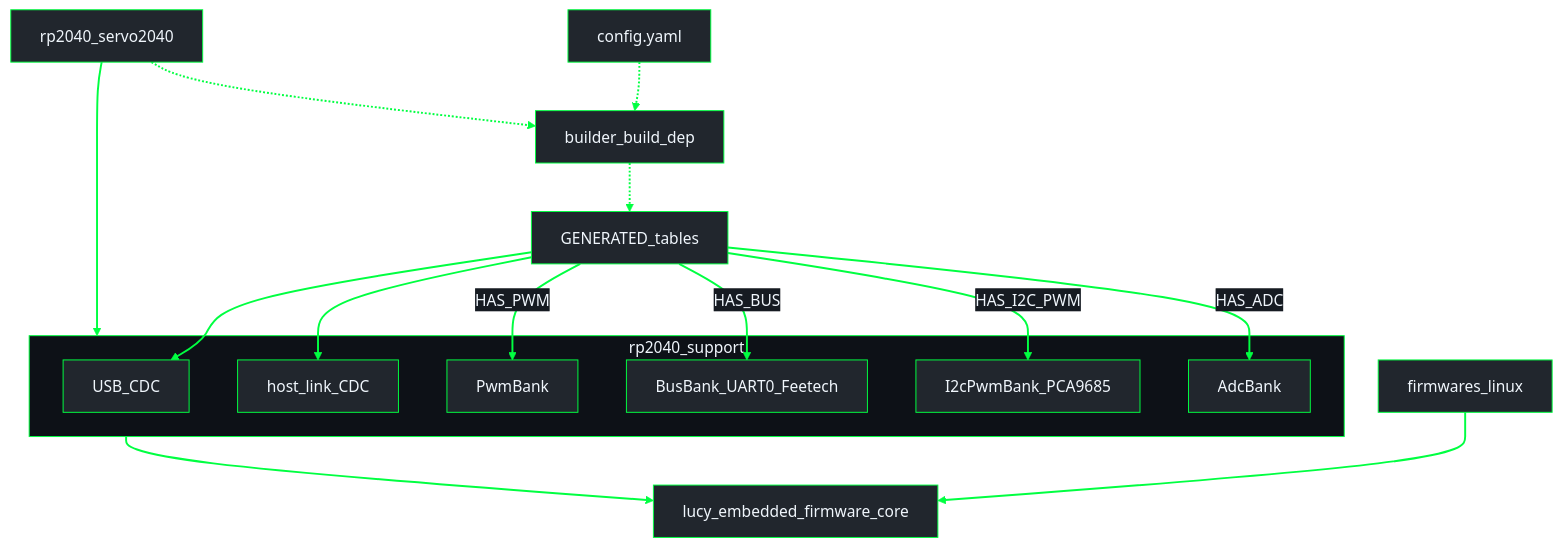
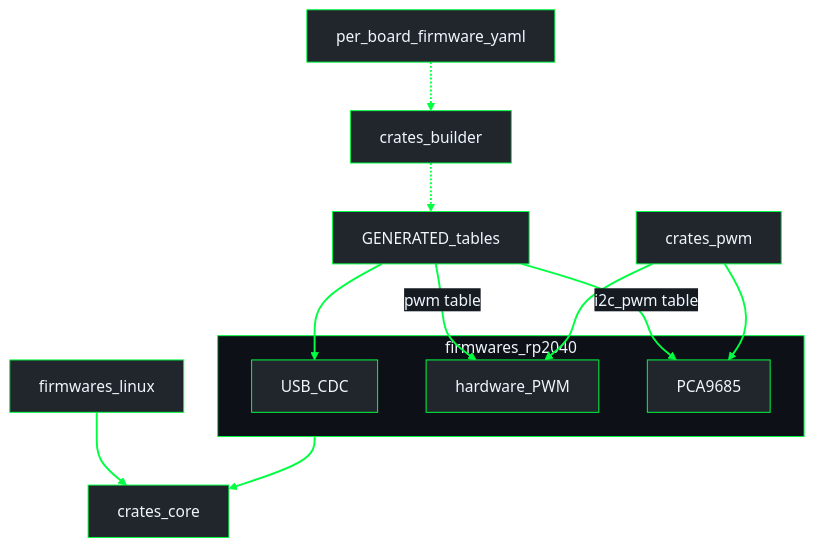
The second of 2 diagrams in docs/architecture/firmware.md (Lucy-Robotics/lucy_embedded_firmware), drawn with Mermaid before and after one commit. The commit also changed other lines of this file, not shown here.

First line of the commit message:
docs: Servo2040 plugs, hardware PWM, and PCA on I2C0

````diff
--- a/docs/architecture/firmware.md
+++ b/docs/architecture/firmware.md
@@ -46,26 +52,20 @@
 ```mermaid
 %%{init: {"theme": "base", "themeVariables": {"darkMode": true, "background": "#0d1117", "mainBkg": "#21262d", "primaryColor": "#21262d", "primaryTextColor": "#f0f6fc", "primaryBorderColor": "#00FF41", "secondaryColor": "#161b22", "secondaryTextColor": "#f0f6fc", "secondaryBorderColor": "#00FF41", "tertiaryColor": "#161b22", "tertiaryTextColor": "#f0f6fc", "tertiaryBorderColor": "#00FF41", "lineColor": "#00FF41", "textColor": "#f0f6fc", "nodeTextColor": "#f0f6fc", "edgeLabelBackground": "#161b22", "clusterBkg": "#0d1117", "clusterBorder": "#00FF41", "titleColor": "#f0f6fc"}}}%%
 flowchart TB
-  YAML["config.yaml"] -.-> Builder["builder_build_dep"]
+  YAML["per_board_firmware_yaml"] -.-> Builder["crates_builder"]
   Builder -.-> Cfg["GENERATED_tables"]
-  subgraph support ["rp2040_support"]
+  subgraph rp2040 ["firmwares_rp2040"]
     USB["USB_CDC"]
-    Link["host_link_CDC"]
-    PWM["PwmBank"]
-    UartBus["BusBank_UART0_Feetech"]
-    I2C["I2cPwmBank_PCA9685"]
-    ADC["AdcBank"]
+    PWM["hardware_PWM"]
+    I2C["PCA9685"]
   end
   Cfg --> USB
-  Cfg --> Link
-  Cfg -->|"HAS_PWM"| PWM
-  Cfg -->|"HAS_BUS"| UartBus
-  Cfg -->|"HAS_I2C_PWM"| I2C
-  Cfg -->|"HAS_ADC"| ADC
-  Core["lucy_embedded_firmware_core"]
-  support --> Core
-  S2040["rp2040_servo2040"] --> support
-  S2040 -.-> Builder
+  Cfg -->|"pwm table"| PWM
+  Cfg -->|"i2c_pwm table"| I2C
+  PwmCrate["crates_pwm"] --> PWM
+  PwmCrate --> I2C
+  Core["crates_core"]
+  rp2040 --> Core
   Linux["firmwares_linux"] --> Core
   linkStyle default stroke:#00FF41,stroke-width:2px
 ```
````
